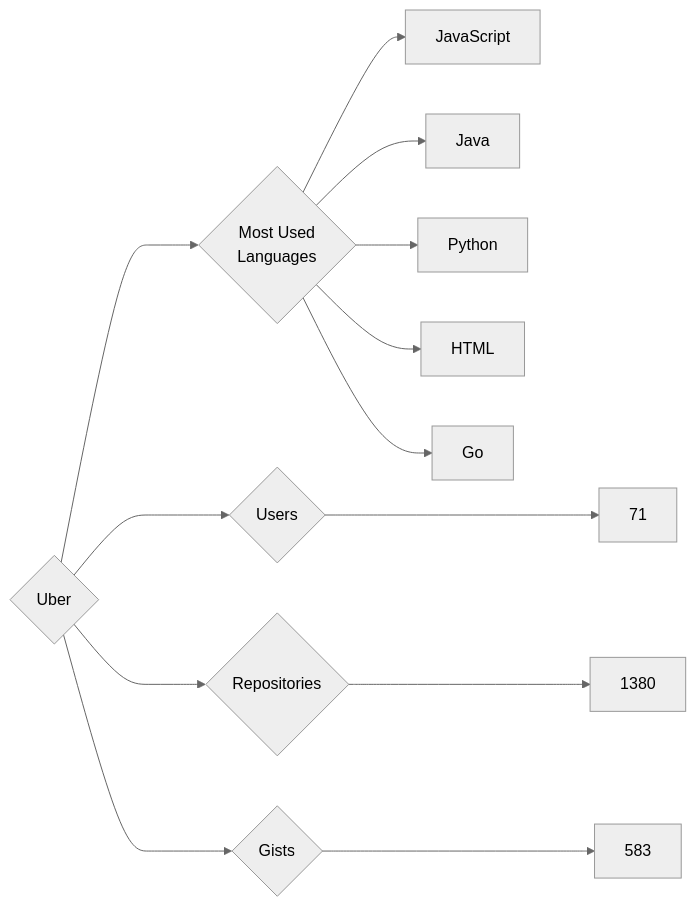
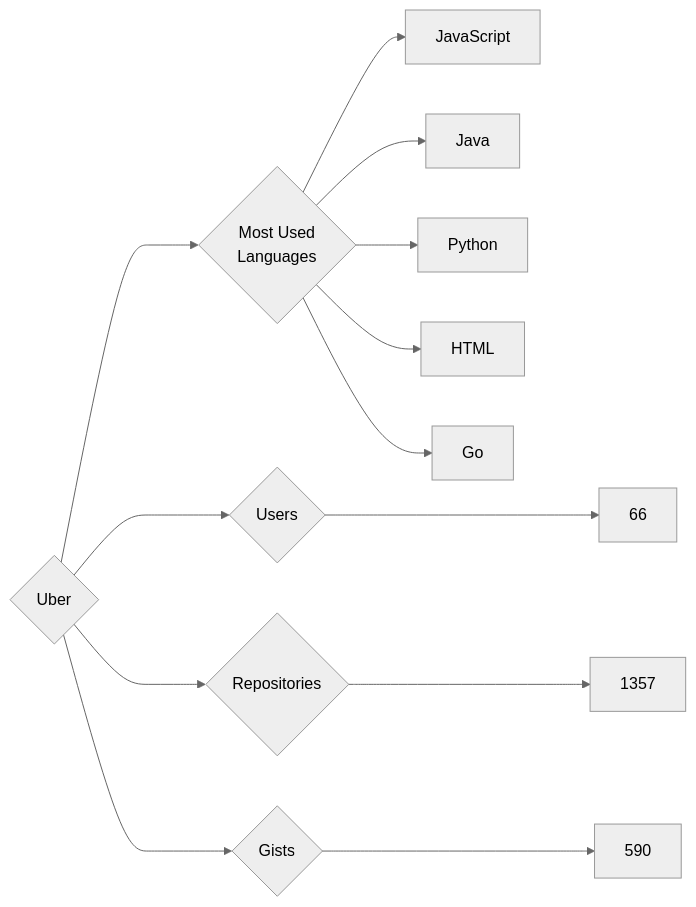
The diagram in targets/Uber/README.md (trickest/insiders), drawn with Mermaid (neutral theme) before and after one commit. The commit also changed 797 other files, not shown here.

````diff
--- a/targets/Uber/README.md
+++ b/targets/Uber/README.md
@@ -3,13 +3,13 @@
 ```mermaid
 graph LR
 COMPANY_NAME{Uber}
-COMPANY_NAME ---> U{Users} ---> UN[71]
-COMPANY_NAME ---> R{Repositories} ---> RN[1380]
-COMPANY_NAME ---> G{Gists} ---> GN[583]
+COMPANY_NAME ---> U{Users} ---> UN[66]
+COMPANY_NAME ---> R{Repositories} ---> RN[1357]
+COMPANY_NAME ---> G{Gists} ---> GN[590]
 COMPANY_NAME ---> ML{Most Used<br>Languages}
 ML --> JavaScript[JavaScript]
 ML --> Java[Java]
 ML --> Python[Python]
 ML --> HTML[HTML]
 ML --> Go[Go]
 ```
````
